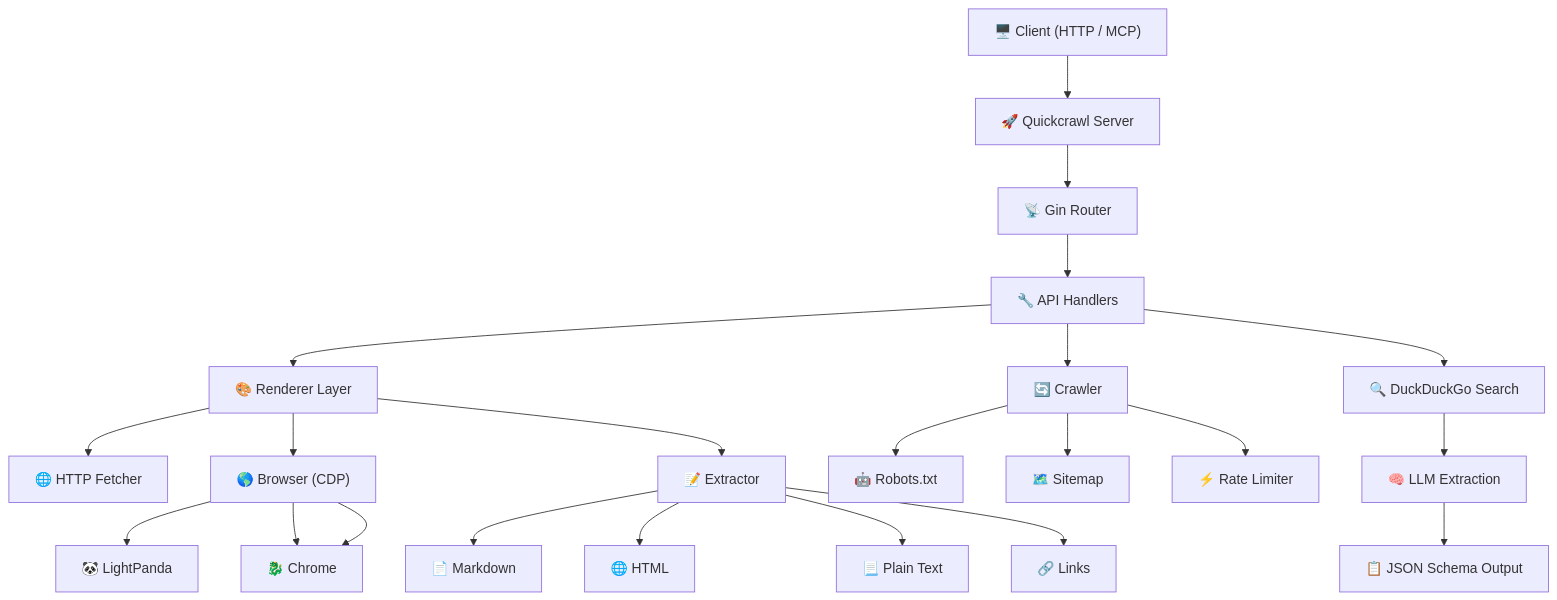
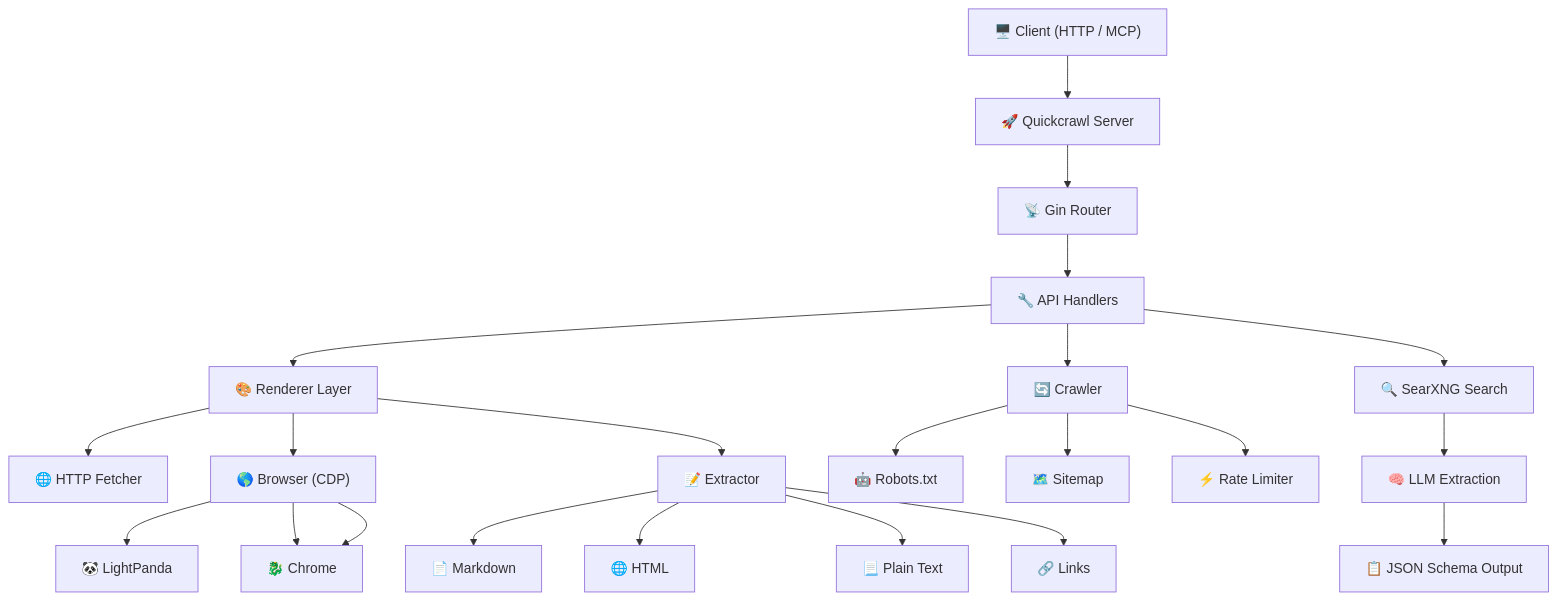
The diagram in README.md (MabudAlam/QuickCrawl), drawn with Mermaid before and after one commit. The commit also changed other lines of this file, not shown here.

Commit message:
feat: update search functionality to use SearXNG instead of DuckDuckGo

````diff
--- a/README.md
+++ b/README.md
@@ -224,32 +224,32 @@
 ```mermaid
 graph TD
     Client["🖥️ Client (HTTP / MCP)"]
     Server["🚀 Quickcrawl Server"]
 
     Client --> Server
 
     Server --> Router["📡 Gin Router"]
     Router --> Handlers["🔧 API Handlers"]
 
     Handlers --> Renderer["🎨 Renderer Layer"]
     Renderer --> HTTPFetcher["🌐 HTTP Fetcher"]
     Renderer --> Browser["🌎 Browser (CDP)"]
     Browser --> LightPanda["🐼 LightPanda"]
     Browser --> Chrome["🔵 Chrome DevTools"]
     Browser --> Chrome["🐉 Chrome"]
 
     Renderer --> Extractor["📝 Extractor"]
     Extractor --> Markdown["📄 Markdown"]
     Extractor --> HTML["🌐 HTML"]
     Extractor --> PlainText["📃 Plain Text"]
     Extractor --> Links["🔗 Links"]
 
     Handlers --> Crawler["🔄 Crawler"]
     Crawler --> Robots["🤖 Robots.txt"]
     Crawler --> Sitemap["🗺️ Sitemap"]
     Crawler --> RateLimit["⚡ Rate Limiter"]
 
-    Handlers --> Search["🔍 DuckDuckGo Search"]
+    Handlers --> Search["🔍 SearXNG Search"]
     Search --> LLM["🧠 LLM Extraction"]
     LLM --> JSONSchema["📋 JSON Schema Output"]
 ```
````
